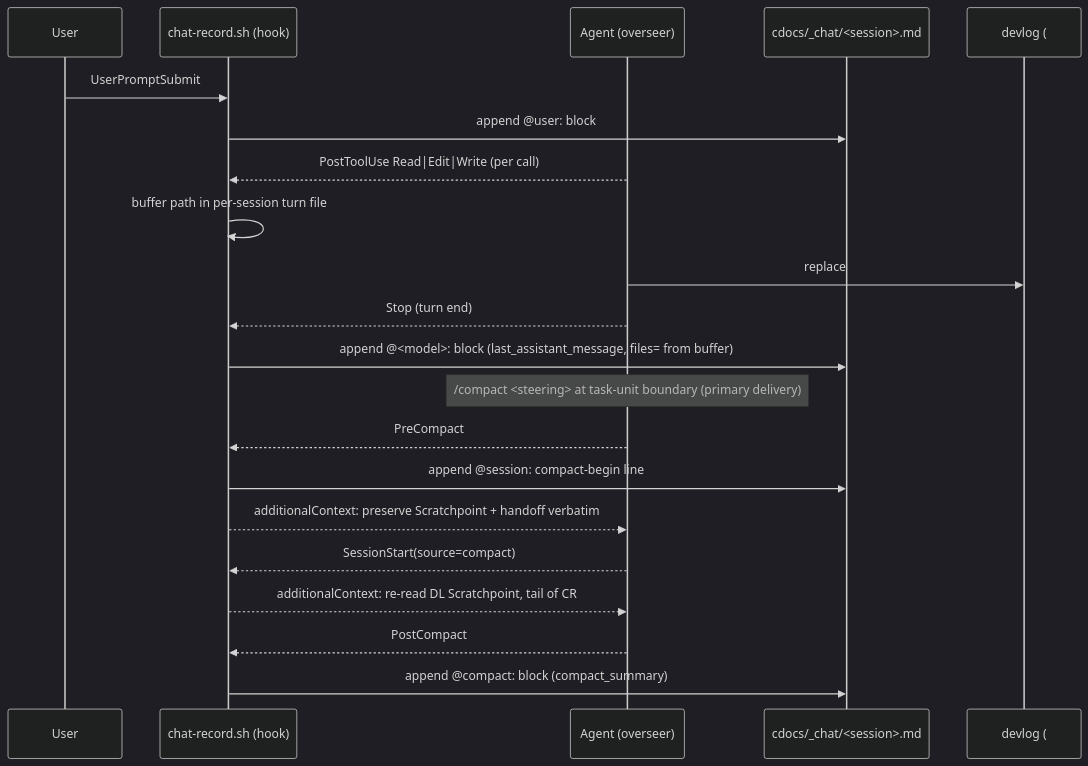
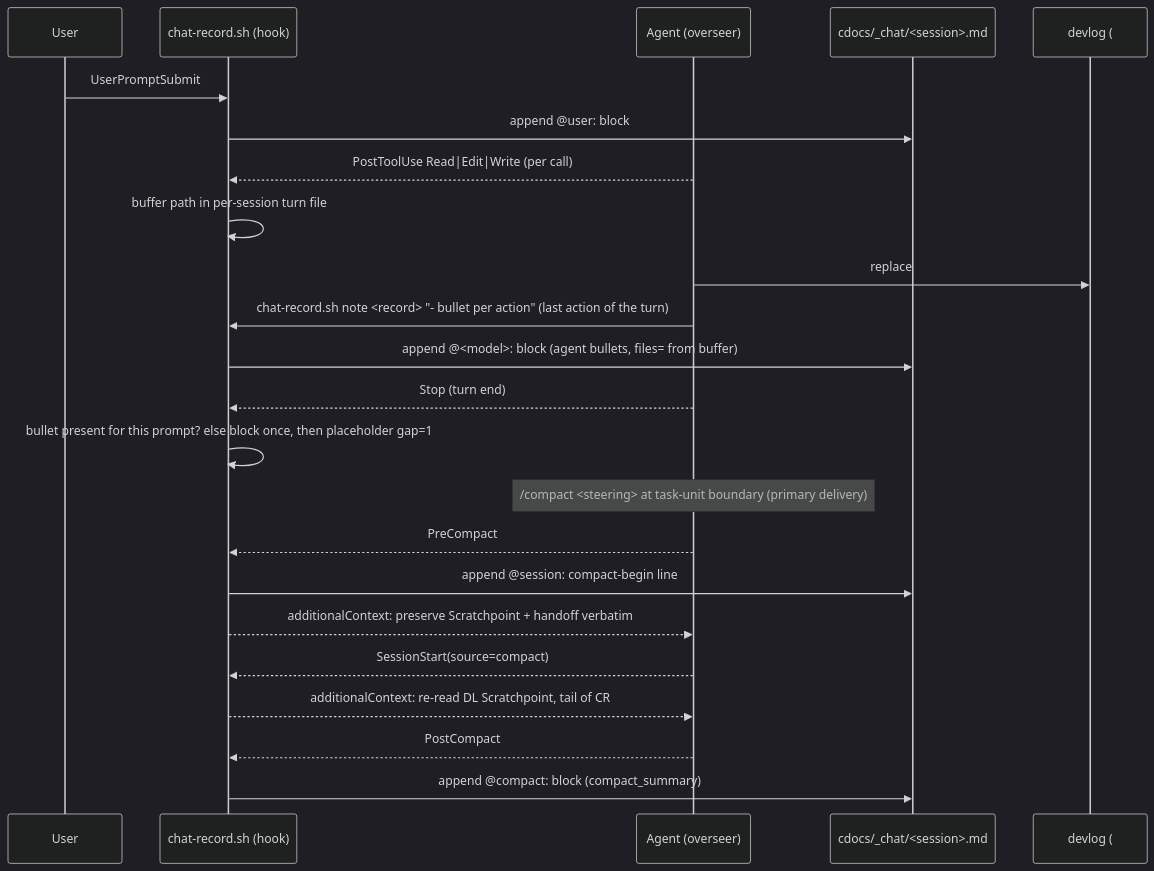
Before and after one commit to weftwiseink/clauthier: the diagram in cdocs/proposals/2026-09-22-chat-record-devlog-management.md, drawn with Mermaid (dark theme). The commit also changed other lines of this file and 1 other file, not shown here.

First line of the commit message:
docs(chat-record-devlog-mgmt): round-3 revision: agent-authored bullets, Stop reminder, evidence backlinks

````diff
--- a/cdocs/proposals/2026-09-22-chat-record-devlog-management.md
+++ b/cdocs/proposals/2026-09-22-chat-record-devlog-management.md
@@ -85,23 +90,25 @@
 ```mermaid
 sequenceDiagram
     participant U as User
     participant H as chat-record.sh (hook)
     participant A as Agent (overseer)
     participant CR as cdocs/_chat/<session>.md
     participant DL as devlog (## Scratchpoint, handoff)
     U->>H: UserPromptSubmit
     H->>CR: append @user: block
     A-->>H: PostToolUse Read|Edit|Write (per call)
     H->>H: buffer path in per-session turn file
     A->>DL: replace ## Scratchpoint incl. files: gists (every state-changing turn)
+    A->>H: chat-record.sh note <record> "- bullet per action" (last action of the turn)
+    H->>CR: append @<model>: block (agent bullets, files= from buffer)
     A-->>H: Stop (turn end)
-    H->>CR: append @<model>: block (last_assistant_message, files= from buffer)
+    H->>H: bullet present for this prompt? else block once, then placeholder gap=1
     Note over A: /compact <steering> at task-unit boundary (primary delivery)
     A-->>H: PreCompact
     H->>CR: append @session: compact-begin line
     H-->>A: additionalContext: preserve Scratchpoint + handoff verbatim
     A-->>H: SessionStart(source=compact)
     H-->>A: additionalContext: re-read DL Scratchpoint, tail of CR
     A-->>H: PostCompact
     H->>CR: append @compact: block (compact_summary)
 ```
````
